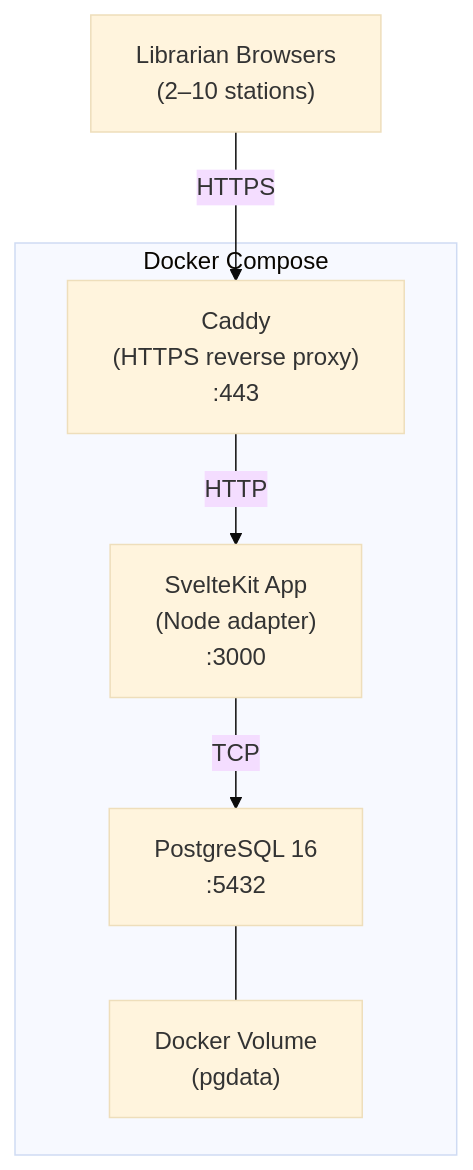
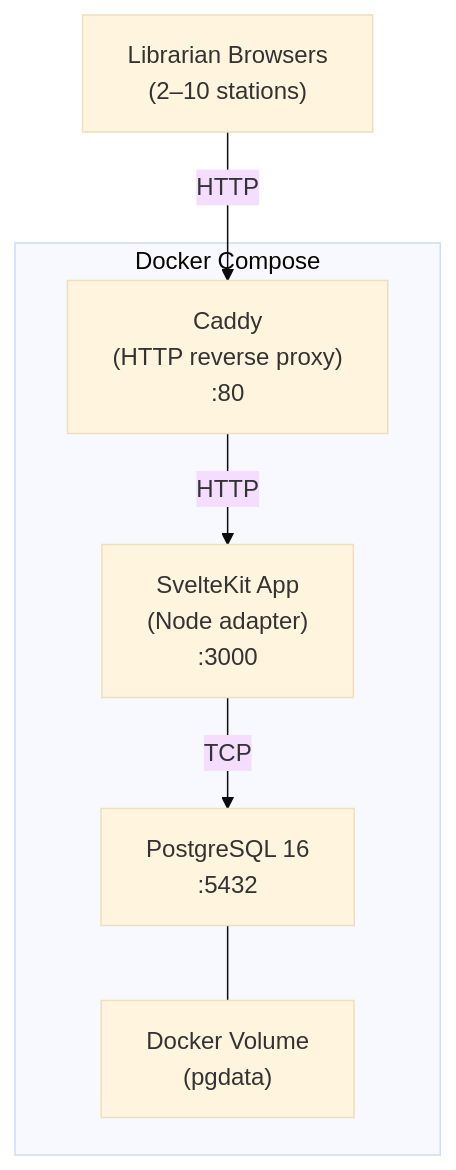
The first of 2 diagrams in .kiro/specs/board-game-library/design.md (Dae314/simple-library-manager), drawn with Mermaid (base theme) before and after one commit. The commit also changed other lines of this file and 5 other files, not shown here.

Commit message:
Update application to host on http instead of https

````diff
--- a/.kiro/specs/board-game-library/design.md
+++ b/.kiro/specs/board-game-library/design.md
@@ -25,16 +25,16 @@
 ```mermaid
 graph TB
     subgraph Docker Compose
-        Caddy["Caddy<br/>(HTTPS reverse proxy)<br/>:443"]
+        Caddy["Caddy<br/>(HTTP reverse proxy)<br/>:80"]
         SvelteKit["SvelteKit App<br/>(Node adapter)<br/>:3000"]
         PostgreSQL["PostgreSQL 16<br/>:5432"]
         Volume["Docker Volume<br/>(pgdata)"]
     end
 
     Clients["Librarian Browsers<br/>(2–10 stations)"]
 
-    Clients -->|HTTPS| Caddy
+    Clients -->|HTTP| Caddy
     Caddy -->|HTTP| SvelteKit
     SvelteKit -->|TCP| PostgreSQL
     PostgreSQL --- Volume
 ```
````
